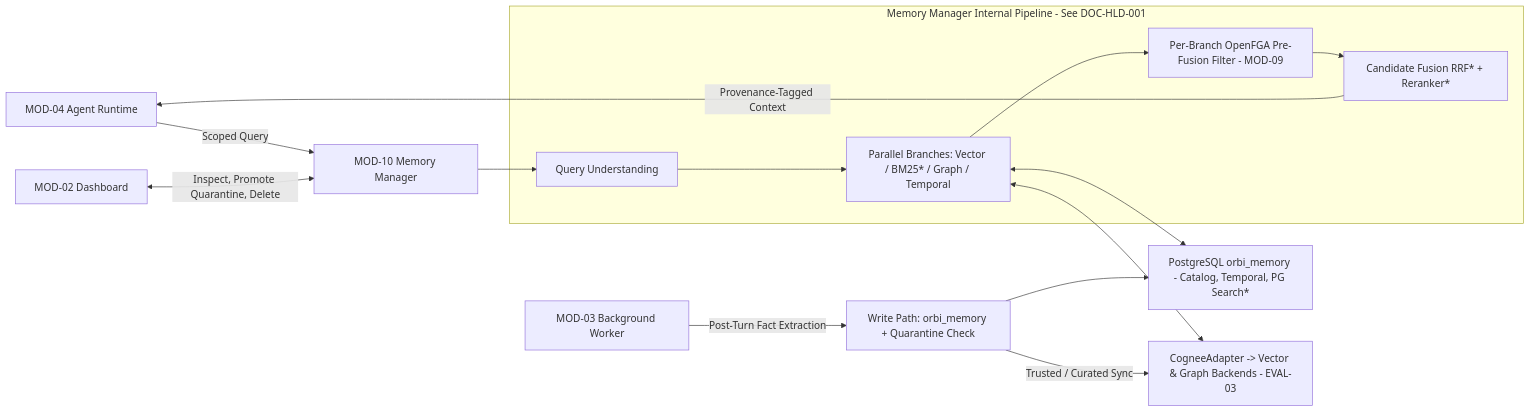
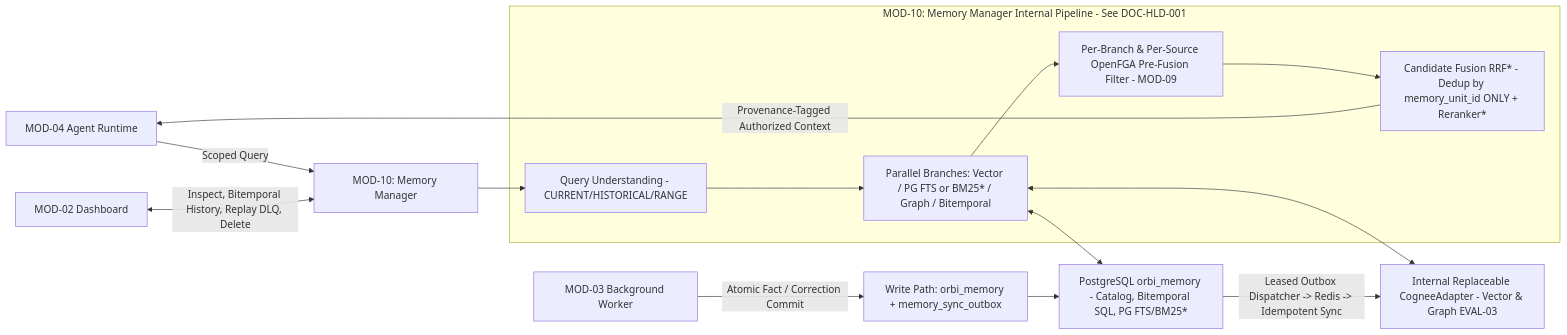
One commit to Abhishek-Kanti/Orbi changed the ninth of 20 diagrams in docs/02-hld/system-architecture.md. Above: the diagram before and after it, drawn with Mermaid. The commit also changed other lines of this file and 13 other files, not shown here.

````diff
--- a/docs/02-hld/system-architecture.md
+++ b/docs/02-hld/system-architecture.md
@@ -487,19 +643,19 @@
 ```mermaid
 flowchart LR
-    M04["MOD-04 Agent Runtime"] -->|"Scoped Query"| M10["MOD-10 Memory Manager"]
-    M03["MOD-03 Background Worker"] -->|"Post-Turn Fact Extraction"| WRITE["Write Path: orbi_memory + Quarantine Check"]
+    M04["MOD-04 Agent Runtime"] -->|"Scoped Query"| M10["MOD-10: Memory Manager"]
+    M03["MOD-03 Background Worker"] -->|"Atomic Fact / Correction Commit"| WRITE["Write Path: orbi_memory + memory_sync_outbox"]
 
-    subgraph HLD1["Memory Manager Internal Pipeline - See DOC-HLD-001"]
-        QU["Query Understanding"] --> BR["Parallel Branches: Vector / BM25* / Graph / Temporal"]
-        BR --> FGA["Per-Branch OpenFGA Pre-Fusion Filter - MOD-09"]
-        FGA --> FUS["Candidate Fusion RRF* + Reranker*"]
+    subgraph HLD1["MOD-10: Memory Manager Internal Pipeline - See DOC-HLD-001"]
+        QU["Query Understanding - CURRENT/HISTORICAL/RANGE"] --> BR["Parallel Branches: Vector / PG FTS or BM25* / Graph / Bitemporal"]
+        BR --> FGA["Per-Branch & Per-Source OpenFGA Pre-Fusion Filter - MOD-09"]
+        FGA --> FUS["Candidate Fusion RRF* - Dedup by memory_unit_id ONLY + Reranker*"]
     end
 
     M10 --> QU
-    BR <--> PG_MEM["PostgreSQL orbi_memory - Catalog, Temporal, PG Search*"]
-    BR <--> COG["CogneeAdapter -> Vector & Graph Backends - EVAL-03"]
+    BR <--> PG_MEM["PostgreSQL orbi_memory - Catalog, Bitemporal SQL, PG FTS/BM25*"]
+    BR <--> COG["Internal Replaceable CogneeAdapter - Vector & Graph EVAL-03"]
     WRITE --> PG_MEM
-    WRITE -->|"Trusted / Curated Sync"| COG
-    FUS -->|"Provenance-Tagged Context"| M04
-    M02["MOD-02 Dashboard"] <-->|"Inspect, Promote Quarantine, Delete"| M10
+    PG_MEM -->|"Leased Outbox Dispatcher -> Redis -> Idempotent Sync"| COG
+    FUS -->|"Provenance-Tagged Authorized Context"| M04
+    M02["MOD-02 Dashboard"] <-->|"Inspect, Bitemporal History, Replay DLQ, Delete"| M10
 ```
````
